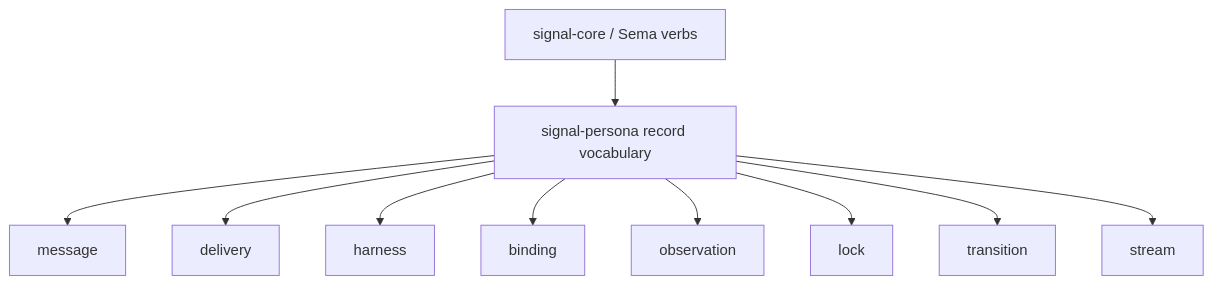
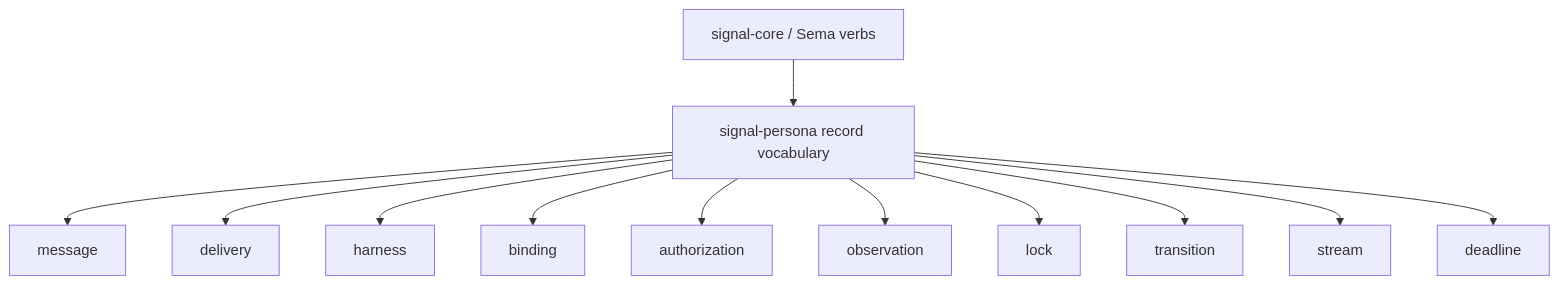
Before and after one commit to LiGoldragon/primary: the third of 8 diagrams in reports/operator/41-persona-twelve-verbs-implementation-consequences.md, drawn with Mermaid. The commit also changed other lines of this file and 1 other file, not shown here.

````diff
--- a/reports/operator/41-persona-twelve-verbs-implementation-consequences.md
+++ b/reports/operator/41-persona-twelve-verbs-implementation-consequences.md
@@ -91,23 +92,27 @@
 ```mermaid
 flowchart TB
     core["signal-core / Sema verbs"]
     persona["signal-persona record vocabulary"]
     message["message"]
     delivery["delivery"]
     harness["harness"]
     binding["binding"]
+    authorization["authorization"]
     observation["observation"]
     lock["lock"]
     transition["transition"]
     stream["stream"]
+    deadline["deadline"]
 
     core --> persona
     persona --> message
     persona --> delivery
     persona --> harness
     persona --> binding
+    persona --> authorization
     persona --> observation
     persona --> lock
     persona --> transition
     persona --> stream
+    persona --> deadline
 ```
````
